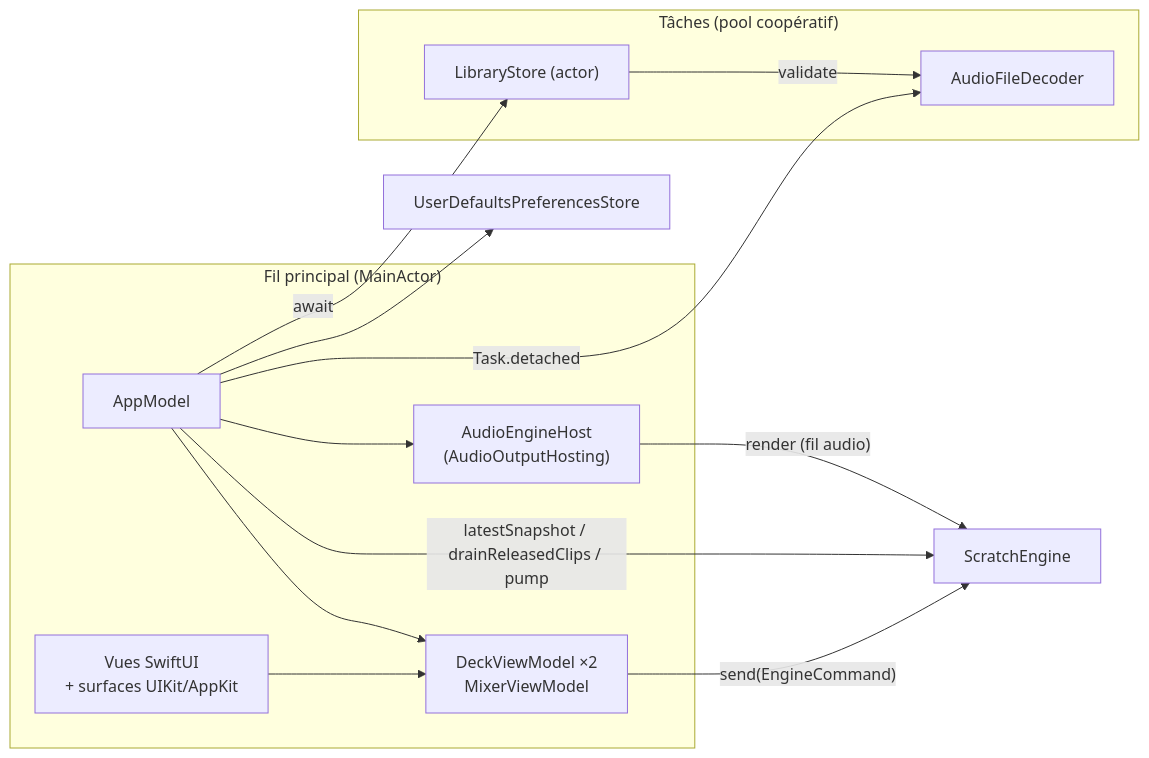
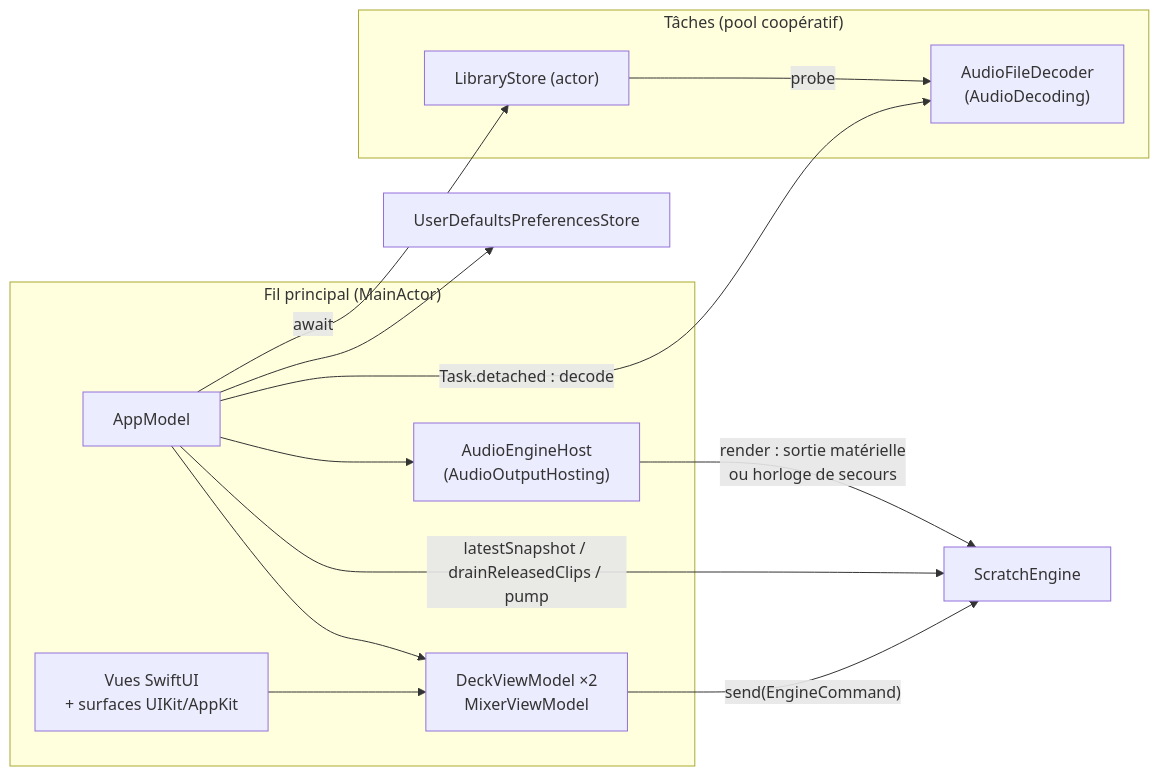
Before and after one commit to fatahbenguenna/scratchApp: the second of 5 diagrams in docs/bmad/architecture.md, drawn with Mermaid. The commit also changed other lines of this file and 47 other files, not shown here.

````diff
--- a/docs/bmad/architecture.md
+++ b/docs/bmad/architecture.md
@@ -98,19 +97,19 @@
 ```mermaid
 graph LR
     subgraph Main["Fil principal (MainActor)"]
         Views["Vues SwiftUI<br/>+ surfaces UIKit/AppKit"] --> VM["DeckViewModel ×2<br/>MixerViewModel"]
         AM["AppModel"] --> VM
         AM --> Host["AudioEngineHost<br/>(AudioOutputHosting)"]
     end
     subgraph Tasks["Tâches (pool coopératif)"]
         Store["LibraryStore (actor)"]
-        Dec["AudioFileDecoder"]
+        Dec["AudioFileDecoder<br/>(AudioDecoding)"]
     end
     AM -- "await" --> Store
-    AM -- "Task.detached" --> Dec
-    Store -- "validate" --> Dec
+    AM -- "Task.detached : decode" --> Dec
+    Store -- "probe" --> Dec
     AM --> Prefs["UserDefaultsPreferencesStore"]
     VM -- "send(EngineCommand)" --> Eng["ScratchEngine"]
     AM -- "latestSnapshot / drainReleasedClips / pump" --> Eng
-    Host -- "render (fil audio)" --> Eng
+    Host -- "render : sortie matérielle<br/>ou horloge de secours" --> Eng
 ```
````
